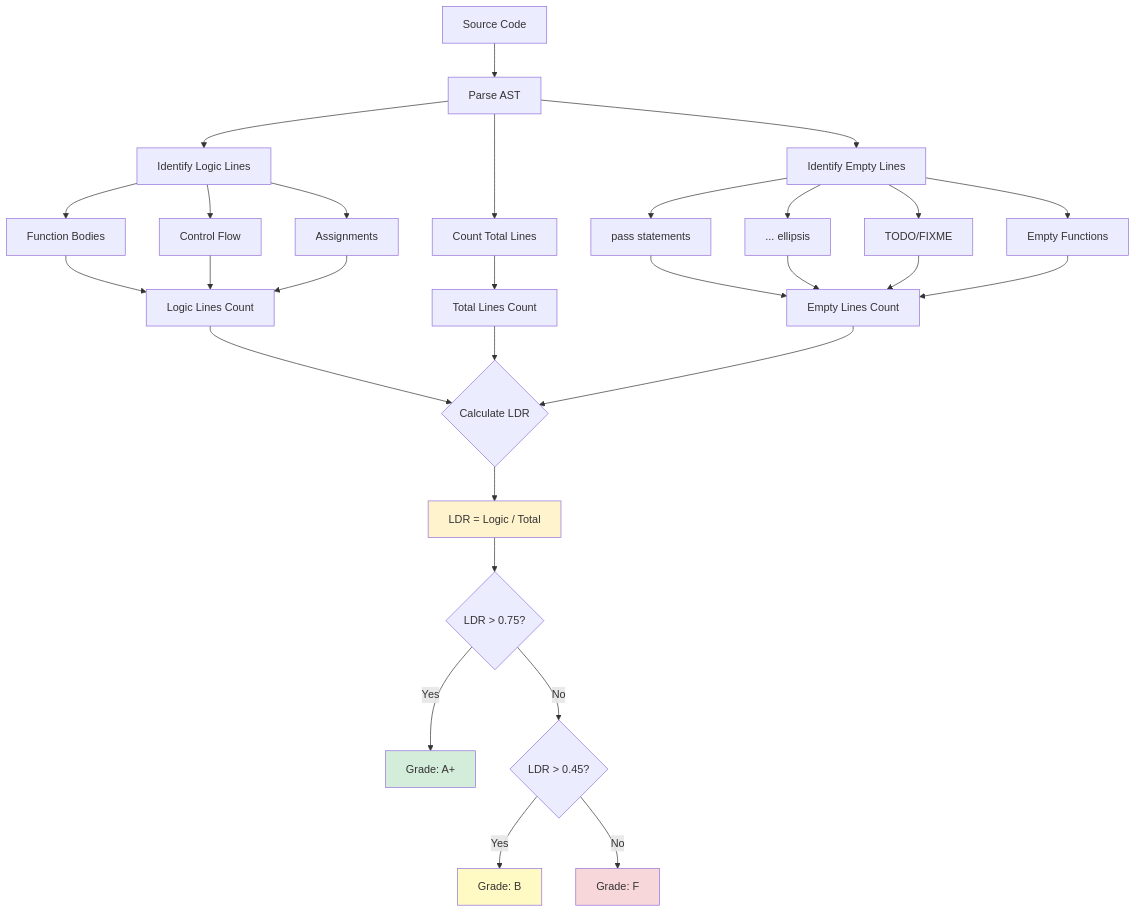
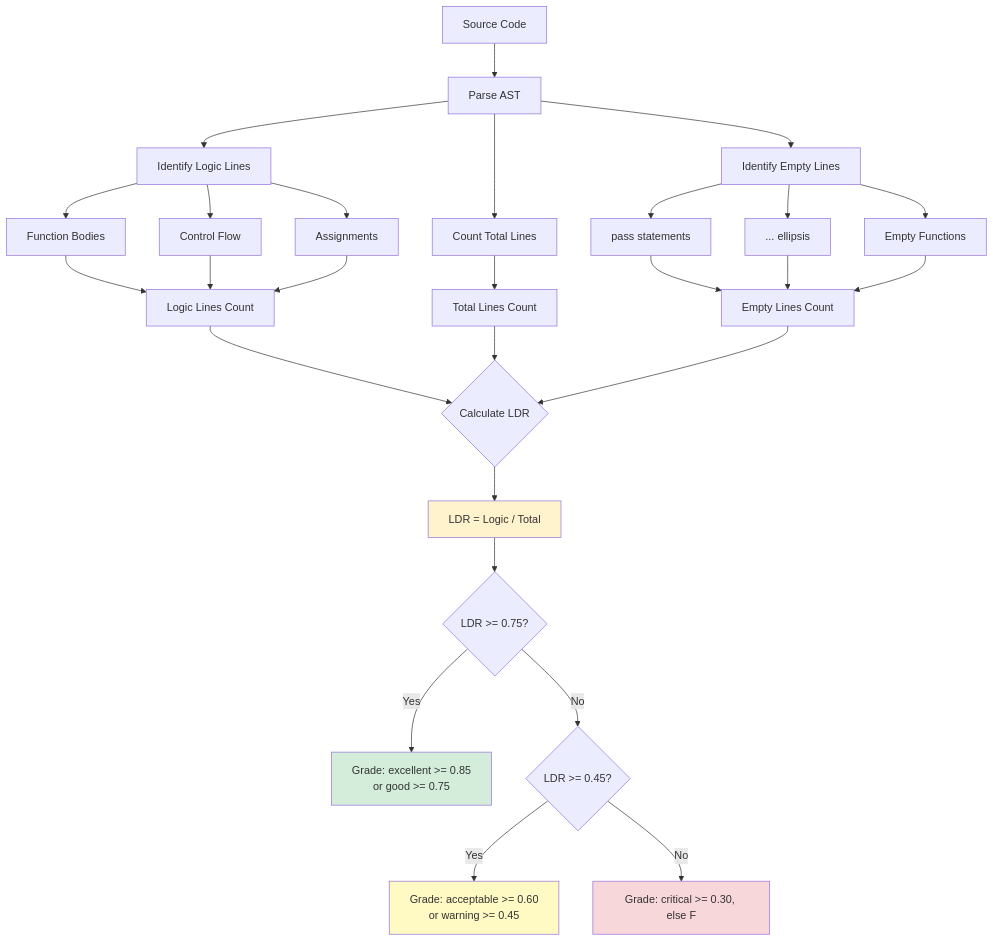
The third of 14 diagrams in docs/HOW_IT_WORKS.md (flamehaven01/AI-SLOP-Detector), drawn with Mermaid before and after one commit. The commit also changed other lines of this file, not shown here.

First line of the commit message:
docs(how-it-works): project score, LDR grades, and inflation bands match the code

````diff
--- a/docs/HOW_IT_WORKS.md
+++ b/docs/HOW_IT_WORKS.md
@@ -112,42 +112,40 @@
 ```mermaid
 flowchart TD
     A[Source Code] --> B[Parse AST]
     B --> C[Count Total Lines]
     B --> D[Identify Logic Lines]
     B --> E[Identify Empty Lines]
     
     D --> D1[Function Bodies]
     D --> D2[Control Flow]
     D --> D3[Assignments]
     
     E --> E1[pass statements]
     E --> E2[... ellipsis]
-    E --> E3[TODO/FIXME]
     E --> E4[Empty Functions]
     
     C --> F[Total Lines Count]
     D1 --> G[Logic Lines Count]
     D2 --> G
     D3 --> G
     
     G --> H{Calculate LDR}
     F --> H
     E1 --> I[Empty Lines Count]
     E2 --> I
-    E3 --> I
     E4 --> I
     I --> H
     
     H --> J[LDR = Logic / Total]
-    J --> K{LDR > 0.75?}
+    J --> K{LDR >= 0.75?}
     
-    K -->|Yes| L[Grade: A+]
-    K -->|No| M{LDR > 0.45?}
-    M -->|Yes| N[Grade: B]
-    M -->|No| O[Grade: F]
+    K -->|Yes| L[Grade: excellent >= 0.85<br/>or good >= 0.75]
+    K -->|No| M{LDR >= 0.45?}
+    M -->|Yes| N[Grade: acceptable >= 0.60<br/>or warning >= 0.45]
+    M -->|No| O[Grade: critical >= 0.30, else F]
     
     style J fill:#fff3cd
     style L fill:#d4edda
     style N fill:#fff9c4
     style O fill:#f8d7da
 ```
````
